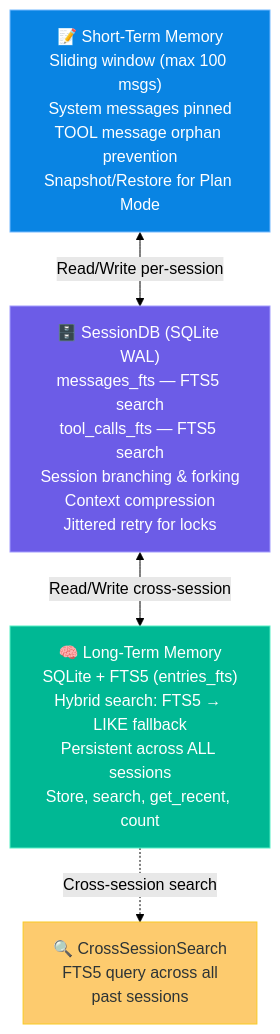
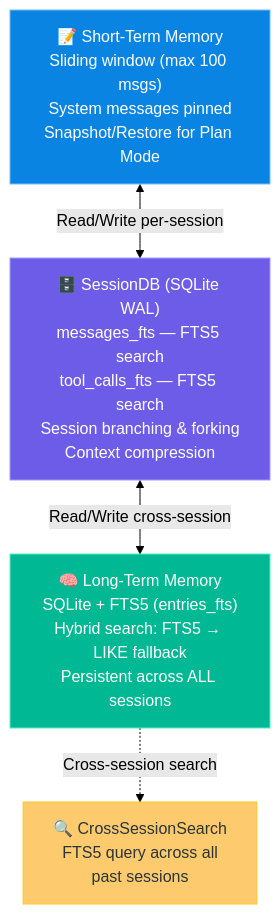
One commit to The-JDdev/ManusClaw changed the fifth of 15 diagrams in README.md. Above: the diagram before and after it, drawn with Mermaid (forest theme). The commit also changed other lines of this file and 1 other file, not shown here.

````diff
--- a/README.md
+++ b/README.md
@@ -336,15 +445,15 @@
 ```mermaid
 flowchart TB
-    ST["📝 Short-Term Memory<br/>Sliding window (max 100 msgs)<br/>System messages pinned<br/>TOOL message orphan prevention<br/>Snapshot/Restore for Plan Mode"]
-    DB["🗄️ SessionDB (SQLite WAL)<br/>messages_fts — FTS5 search<br/>tool_calls_fts — FTS5 search<br/>Session branching & forking<br/>Context compression<br/>Jittered retry for locks"]
-    LT["🧠 Long-Term Memory<br/>SQLite + FTS5 (entries_fts)<br/>Hybrid search: FTS5 → LIKE fallback<br/>Persistent across ALL sessions<br/>Store, search, get_recent, count"]
+    ST["📝 Short-Term Memory<br/>Sliding window (max 100 msgs)<br/>System messages pinned<br/>Snapshot/Restore for Plan Mode"]
+    DB["🗄️ SessionDB (SQLite WAL)<br/>messages_fts — FTS5 search<br/>tool_calls_fts — FTS5 search<br/>Session branching & forking<br/>Context compression"]
+    LT["🧠 Long-Term Memory<br/>SQLite + FTS5 (entries_fts)<br/>Hybrid search: FTS5 → LIKE fallback<br/>Persistent across ALL sessions"]
 
     ST <-->|Read/Write per-session| DB
     DB <-->|Read/Write cross-session| LT
     LT -.->|Cross-session search| CSS["🔍 CrossSessionSearch<br/>FTS5 query across all<br/>past sessions"]
 
     style ST fill:#0984e3,stroke:#74b9ff,color:#fff
     style DB fill:#6c5ce7,stroke:#a29bfe,color:#fff
     style LT fill:#00b894,stroke:#55efc4,color:#fff
     style CSS fill:#fdcb6e,stroke:#f9ca24,color:#2d3436
 ```
````
